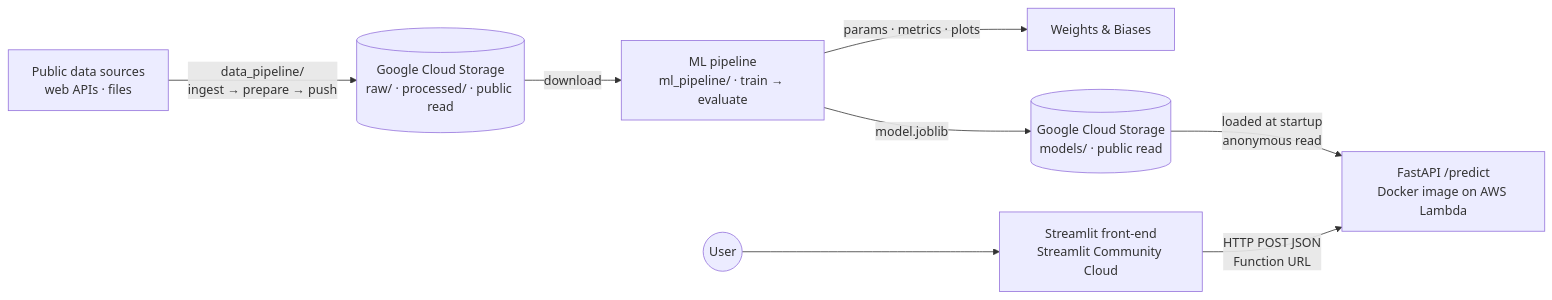
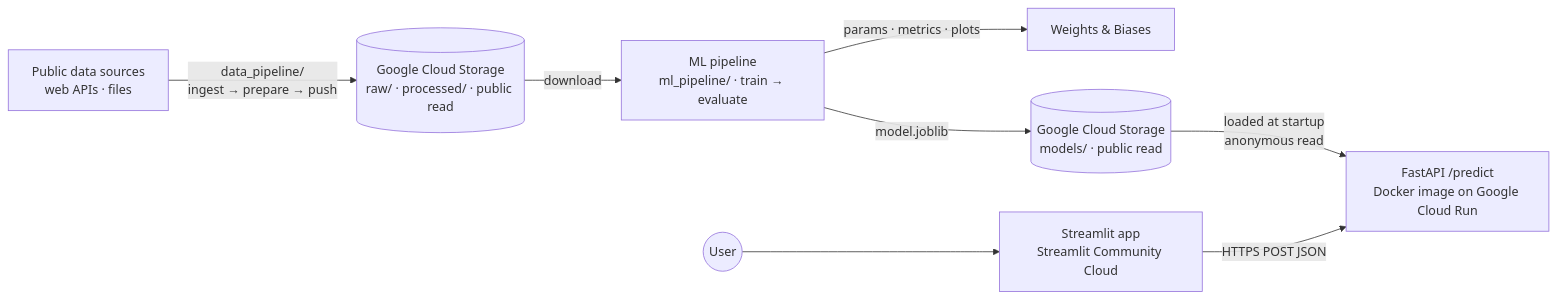
One commit to haydn-s/climate-impact-pipeline changed the diagram in README.md. Above: the diagram before and after it, drawn with Mermaid. The commit also changed other lines of this file and 20 other files, not shown here.

````diff
--- a/README.md
+++ b/README.md
@@ -78,10 +86,10 @@
 ```mermaid
 flowchart LR
     SRC[Public data sources<br/>web APIs · files] -->|data_pipeline/<br/>ingest → prepare → push| STORED[(Google Cloud Storage<br/>raw/ · processed/ · public read)]
     STORED -->|download| TRAIN[ML pipeline<br/>ml_pipeline/ · train → evaluate]
     TRAIN -->|params · metrics · plots| WB[Weights & Biases]
     TRAIN -->|model.joblib| STOREM[(Google Cloud Storage<br/>models/ · public read)]
-    STOREM -->|loaded at startup<br/>anonymous read| API[FastAPI /predict<br/>Docker image on AWS Lambda]
-    UI[Streamlit front-end<br/>Streamlit Community Cloud] -->|HTTP POST JSON<br/>Function URL| API
+    STOREM -->|loaded at startup<br/>anonymous read| API[FastAPI /predict<br/>Docker image on Google Cloud Run]
+    UI[Streamlit app<br/>Streamlit Community Cloud] -->|HTTPS POST JSON| API
     USER((User)) --> UI
 ```
````
